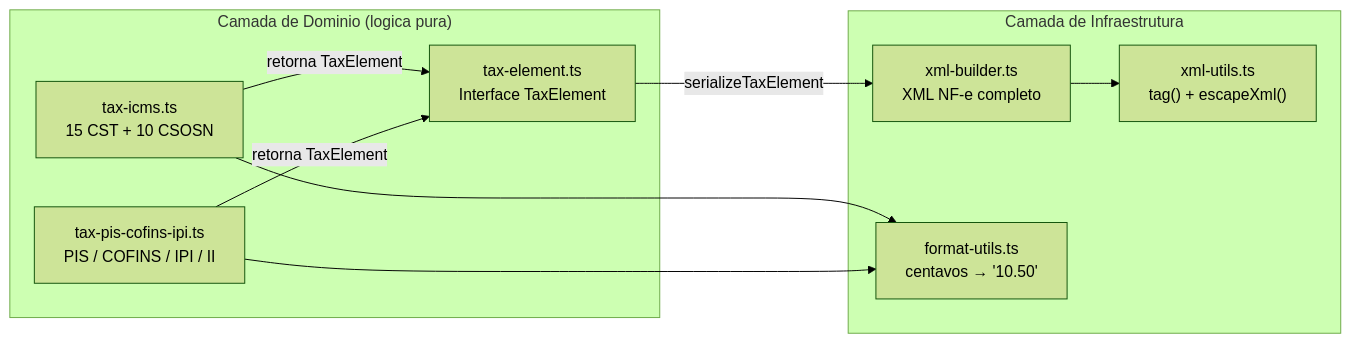
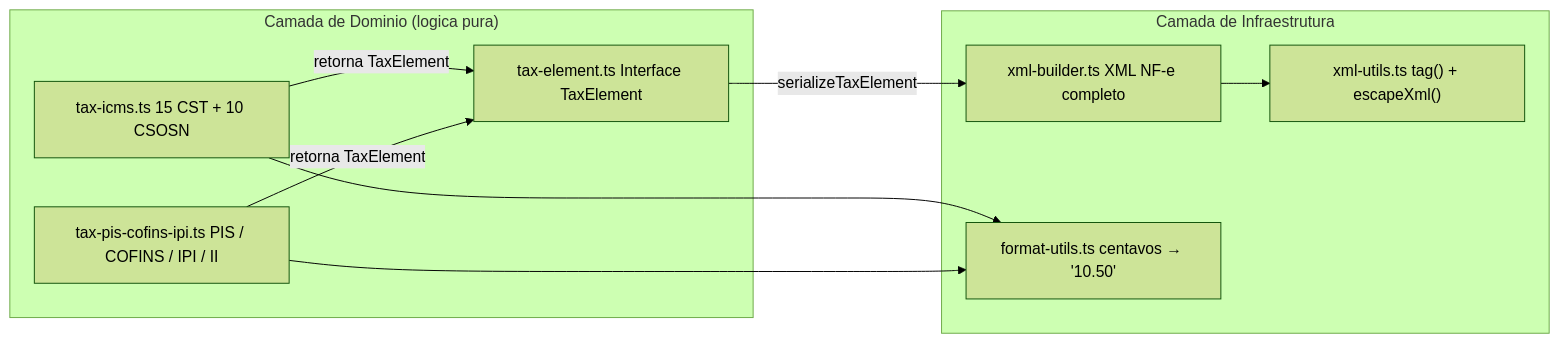
The third of 6 diagrams in README.ptBR.md (JoaoHenriqueBarbosa/FinOpenPOS), drawn with Mermaid (forest theme) before and after one commit. The commit also changed other lines of this file and 4 other files, not shown here.

````diff
--- a/README.ptBR.md
+++ b/README.ptBR.md
@@ -211,21 +211,21 @@
 ```mermaid
 flowchart LR
   subgraph Domain["Camada de Dominio (logica pura)"]
-    ICMS["tax-icms.ts\n15 CST + 10 CSOSN"]
-    PIS["tax-pis-cofins-ipi.ts\nPIS / COFINS / IPI / II"]
-    TE["tax-element.ts\nInterface TaxElement"]
+    ICMS["tax-icms.ts 15 CST + 10 CSOSN"]
+    PIS["tax-pis-cofins-ipi.ts PIS / COFINS / IPI / II"]
+    TE["tax-element.ts Interface TaxElement"]
   end
 
   subgraph Infra["Camada de Infraestrutura"]
-    XB["xml-builder.ts\nXML NF-e completo"]
-    XU["xml-utils.ts\ntag() + escapeXml()"]
-    FU["format-utils.ts\ncentavos → '10.50'"]
+    XB["xml-builder.ts XML NF-e completo"]
+    XU["xml-utils.ts tag() + escapeXml()"]
+    FU["format-utils.ts centavos → '10.50'"]
   end
 
   ICMS -->|retorna TaxElement| TE
   PIS -->|retorna TaxElement| TE
   TE -->|serializeTaxElement| XB
   XB --> XU
   ICMS --> FU
   PIS --> FU
 ```
````
